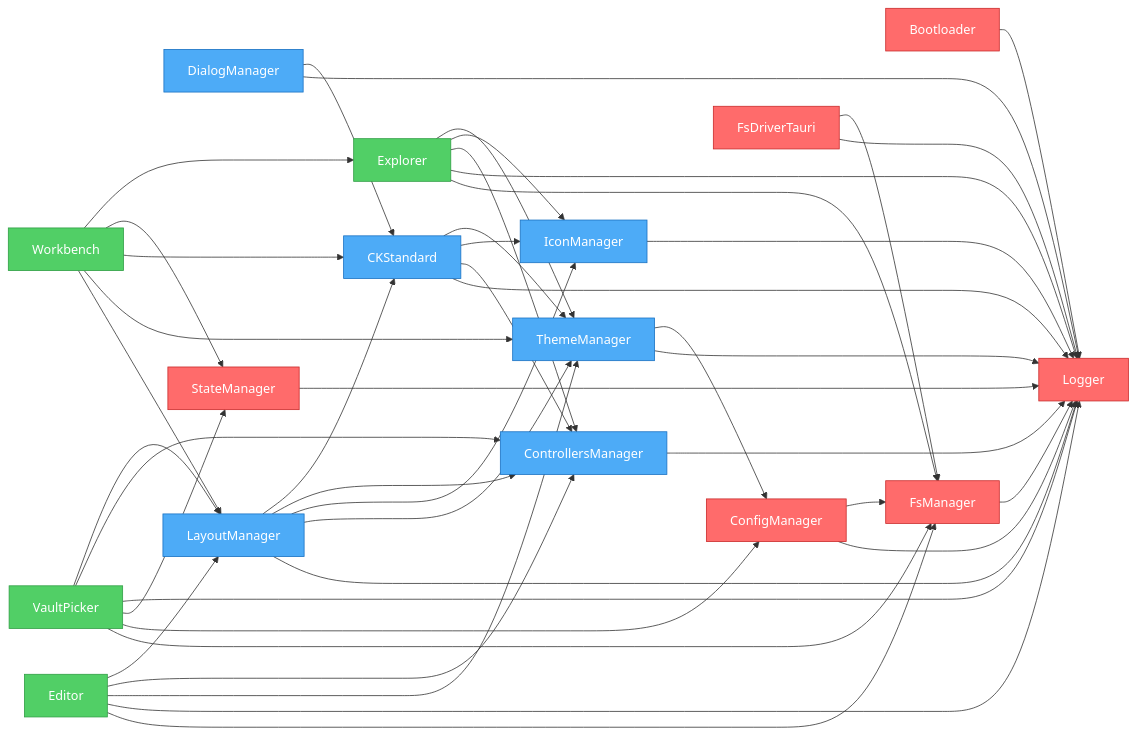
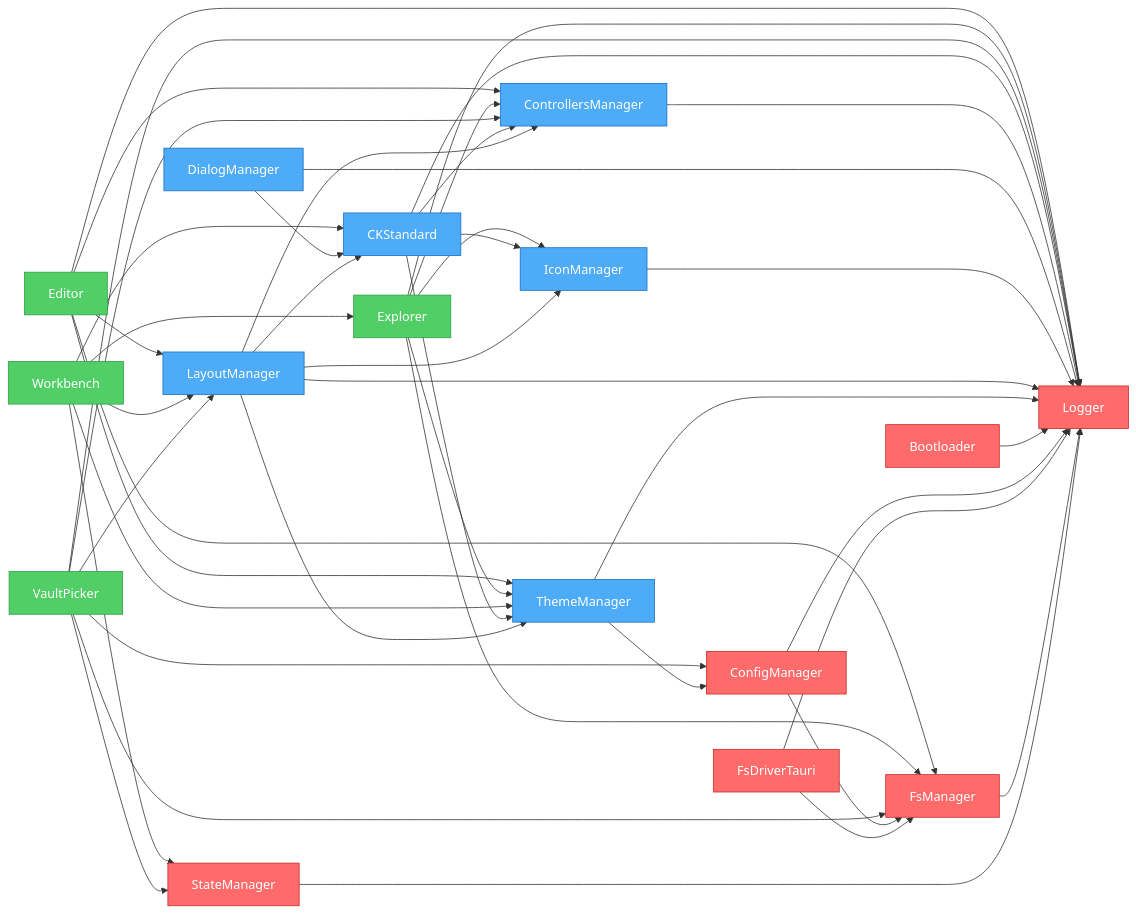
One commit to khton-tech/notehub.md changed the diagram in artifacts/graph.mmd. Above: the diagram before and after it, drawn with Mermaid. The commit also changed 17 other files, not shown here.

Commit message:
feat: Implement initial plugin architecture including file explorer, editor, and workbench components.

```diff
--- a/artifacts/graph.mmd
+++ b/artifacts/graph.mmd
@@ -1,69 +1,69 @@
 flowchart LR
     nh_features_editor["Editor"]
     nh_features_explorer["Explorer"]
+    nh_features_workbench["Workbench"]
     nh_features_vault-picker["VaultPicker"]
-    nh_features_workbench["Workbench"]
     nh_ui_ck-standard["CKStandard"]
     nh_ui_controllers-manager["ControllersManager"]
     nh_ui_dialog-manager["DialogManager"]
+    nh_ui_icon-manager["IconManager"]
     nh_ui_layout-manager["LayoutManager"]
-    nh_ui_icon-manager["IconManager"]
     nh_ui_theme-manager["ThemeManager"]
     nh_system_bootloader["Bootloader"]
     nh_system_config-manager["ConfigManager"]
     nh_system_fs-driver-tauri["FsDriverTauri"]
     nh_system_fs-manager["FsManager"]
     nh_system_logger["Logger"]
     nh_system_state-manager["StateManager"]
     nh_features_editor --> nh_system_fs-manager
     nh_features_editor --> nh_system_logger
     nh_features_editor --> nh_ui_theme-manager
     nh_features_editor --> nh_ui_controllers-manager
     nh_features_editor --> nh_ui_layout-manager
     nh_features_explorer --> nh_system_fs-manager
     nh_features_explorer --> nh_system_logger
     nh_features_explorer --> nh_ui_controllers-manager
     nh_features_explorer --> nh_ui_icon-manager
     nh_features_explorer --> nh_ui_theme-manager
+    nh_features_workbench --> nh_ui_layout-manager
+    nh_features_workbench --> nh_ui_theme-manager
+    nh_features_workbench --> nh_ui_ck-standard
+    nh_features_workbench --> nh_system_state-manager
+    nh_features_workbench --> nh_features_explorer
     nh_features_vault-picker --> nh_system_fs-manager
     nh_features_vault-picker --> nh_system_config-manager
     nh_features_vault-picker --> nh_system_state-manager
     nh_features_vault-picker --> nh_system_logger
     nh_features_vault-picker --> nh_ui_controllers-manager
     nh_features_vault-picker --> nh_ui_layout-manager
-    nh_features_workbench --> nh_ui_layout-manager
-    nh_features_workbench --> nh_ui_theme-manager
-    nh_features_workbench --> nh_ui_ck-standard
-    nh_features_workbench --> nh_system_state-manager
-    nh_features_workbench --> nh_features_explorer
     nh_ui_ck-standard --> nh_system_logger
     nh_ui_ck-standard --> nh_ui_controllers-manager
     nh_ui_ck-standard --> nh_ui_icon-manager
     nh_ui_ck-standard --> nh_ui_theme-manager
     nh_ui_controllers-manager --> nh_system_logger
     nh_ui_dialog-manager --> nh_system_logger
     nh_ui_dialog-manager --> nh_ui_ck-standard
+    nh_ui_icon-manager --> nh_system_logger
     nh_ui_layout-manager --> nh_system_logger
     nh_ui_layout-manager --> nh_ui_theme-manager
     nh_ui_layout-manager --> nh_ui_icon-manager
     nh_ui_layout-manager --> nh_ui_controllers-manager
     nh_ui_layout-manager --> nh_ui_ck-standard
-    nh_ui_icon-manager --> nh_system_logger
     nh_ui_theme-manager --> nh_system_logger
     nh_ui_theme-manager --> nh_system_config-manager
     nh_system_bootloader --> nh_system_logger
     nh_system_config-manager --> nh_system_logger
     nh_system_config-manager --> nh_system_fs-manager
     nh_system_fs-driver-tauri --> nh_system_logger
     nh_system_fs-driver-tauri --> nh_system_fs-manager
     nh_system_fs-manager --> nh_system_logger
     nh_system_state-manager --> nh_system_logger
 
     %% Styles
     classDef system fill:#ff6b6b,stroke:#c92a2a,color:#fff
     classDef ui fill:#4dabf7,stroke:#1971c2,color:#fff
     classDef feature fill:#51cf66,stroke:#2f9e44,color:#fff
     class nh_features_editor,nh_features_vault-picker feature
     class nh_features_explorer,nh_features_workbench feature
-    class nh_ui_ck-standard,nh_ui_controllers-manager,nh_ui_dialog-manager,nh_ui_layout-manager,nh_ui_icon-manager,nh_ui_theme-manager ui
+    class nh_ui_ck-standard,nh_ui_controllers-manager,nh_ui_dialog-manager,nh_ui_icon-manager,nh_ui_layout-manager,nh_ui_theme-manager ui
     class nh_system_bootloader,nh_system_config-manager,nh_system_fs-driver-tauri,nh_system_fs-manager,nh_system_logger,nh_system_state-manager system
```
